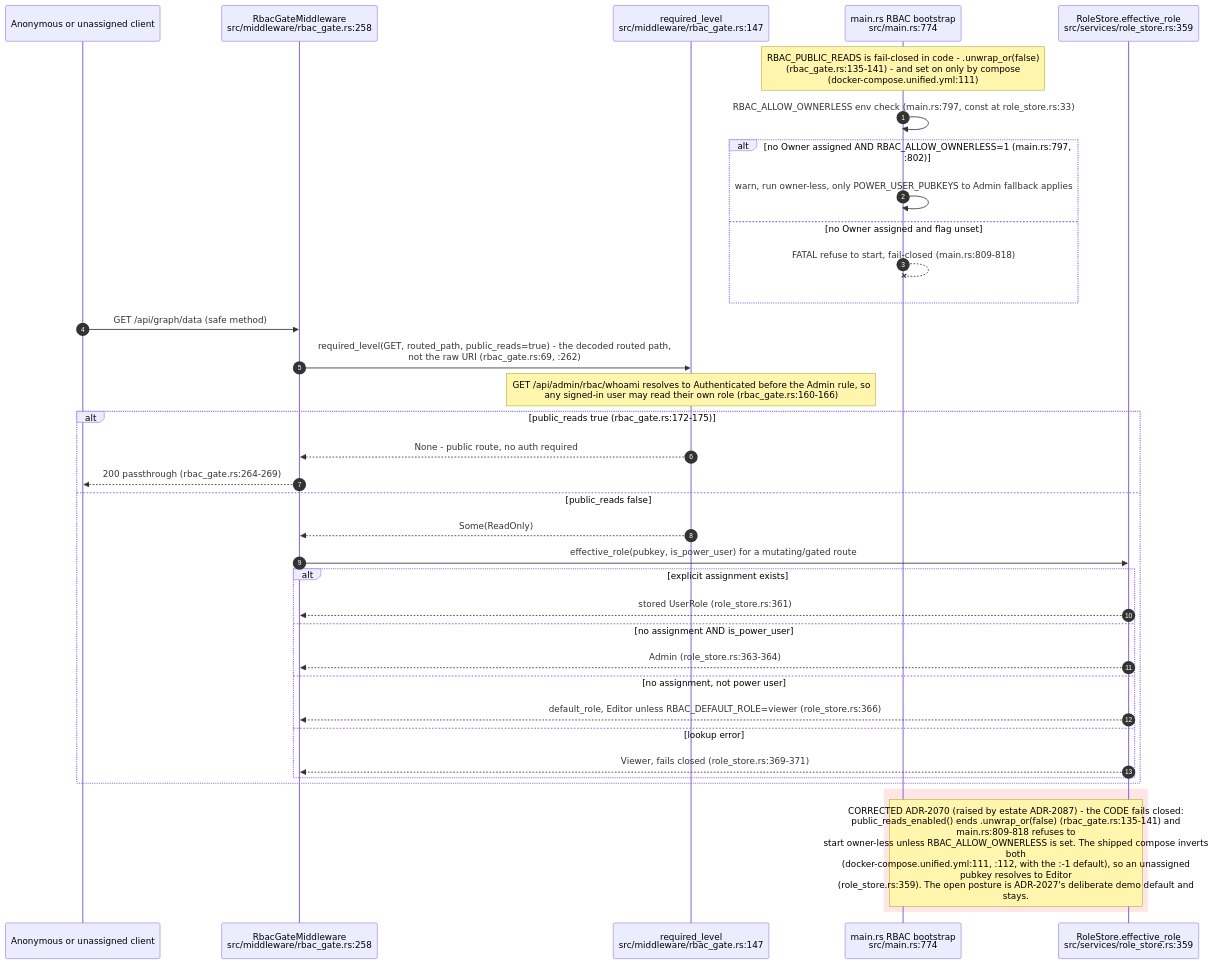
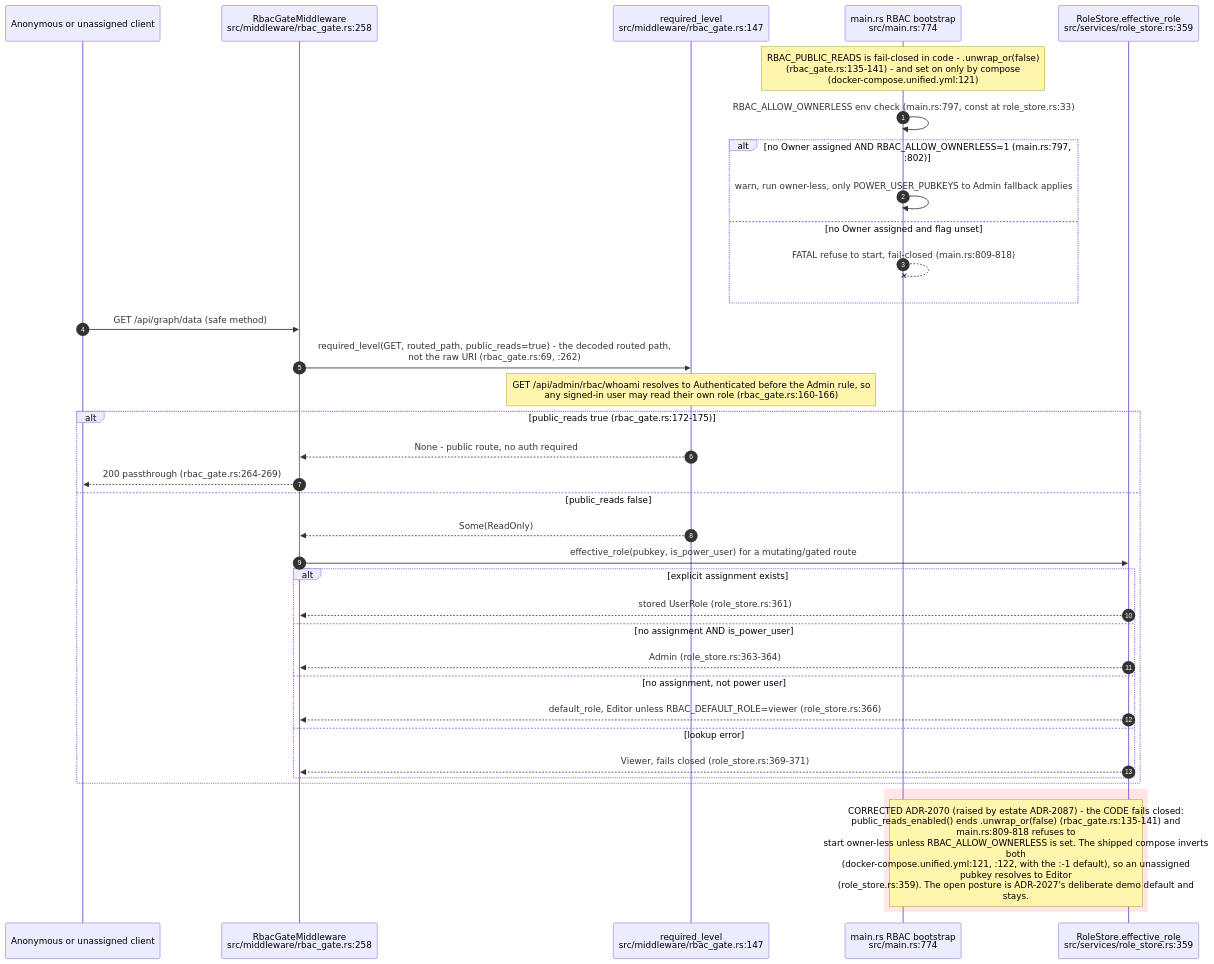
One commit to DreamLab-AI/VisionFlow changed the ninth of 11 diagrams in docs/diagrams/visionclaw/22-data-authority-provenance-erasure.md. Above: the diagram before and after it, drawn with Mermaid. The commit also changed other lines of this file and 145 other files, not shown here.

````diff
--- a/docs/diagrams/visionclaw/22-data-authority-provenance-erasure.md
+++ b/docs/diagrams/visionclaw/22-data-authority-provenance-erasure.md
@@ -389,39 +389,39 @@
 ```mermaid
 sequenceDiagram
     autonumber
     participant C as Anonymous or unassigned client
     participant GATE as RbacGateMiddleware<br/>src/middleware/rbac_gate.rs:258
     participant REQ as required_level<br/>src/middleware/rbac_gate.rs:147
     participant BOOT as main.rs RBAC bootstrap<br/>src/main.rs:774
     participant RS as RoleStore.effective_role<br/>src/services/role_store.rs:359
 
-    Note over BOOT: RBAC_PUBLIC_READS is fail-closed in code - .unwrap_or(false)<br/>(rbac_gate.rs:135-141) - and set on only by compose<br/>(docker-compose.unified.yml:111)
+    Note over BOOT: RBAC_PUBLIC_READS is fail-closed in code - .unwrap_or(false)<br/>(rbac_gate.rs:135-141) - and set on only by compose<br/>(docker-compose.unified.yml:121)
     BOOT->>BOOT: RBAC_ALLOW_OWNERLESS env check (main.rs:797, const at role_store.rs:33)
     alt no Owner assigned AND RBAC_ALLOW_OWNERLESS=1 (main.rs:797, :802)
         BOOT->>BOOT: warn, run owner-less, only POWER_USER_PUBKEYS to Admin fallback applies
     else no Owner assigned and flag unset
         BOOT--xBOOT: FATAL refuse to start, fail-closed (main.rs:809-818)
     end
     C->>GATE: GET /api/graph/data (safe method)
     GATE->>REQ: required_level(GET, routed_path, public_reads=true) - the decoded routed path,<br/>not the raw URI (rbac_gate.rs:69, :262)
     Note over REQ: GET /api/admin/rbac/whoami resolves to Authenticated before the Admin rule, so<br/>any signed-in user may read their own role (rbac_gate.rs:160-166)
     alt public_reads true (rbac_gate.rs:172-175)
         REQ-->>GATE: None - public route, no auth required
         GATE-->>C: 200 passthrough (rbac_gate.rs:264-269)
     else public_reads false
         REQ-->>GATE: Some(ReadOnly)
         GATE->>RS: effective_role(pubkey, is_power_user) for a mutating/gated route
         alt explicit assignment exists
             RS-->>GATE: stored UserRole (role_store.rs:361)
         else no assignment AND is_power_user
             RS-->>GATE: Admin (role_store.rs:363-364)
         else no assignment, not power user
             RS-->>GATE: default_role, Editor unless RBAC_DEFAULT_ROLE=viewer (role_store.rs:366)
         else lookup error
             RS-->>GATE: Viewer, fails closed (role_store.rs:369-371)
         end
     end
     rect rgb(255, 230, 230)
-    Note over BOOT,RS: CORRECTED ADR-2070 (raised by estate ADR-2087) - the CODE fails closed:<br/>public_reads_enabled() ends .unwrap_or(false) (rbac_gate.rs:135-141) and<br/>main.rs:809-818 refuses to<br/>start owner-less unless RBAC_ALLOW_OWNERLESS is set. The shipped compose inverts<br/>both<br/>(docker-compose.unified.yml:111, :112, with the :-1 default), so an unassigned<br/>pubkey resolves to Editor<br/>(role_store.rs:359). The open posture is ADR-2027's deliberate demo default and<br/>stays.
+    Note over BOOT,RS: CORRECTED ADR-2070 (raised by estate ADR-2087) - the CODE fails closed:<br/>public_reads_enabled() ends .unwrap_or(false) (rbac_gate.rs:135-141) and<br/>main.rs:809-818 refuses to<br/>start owner-less unless RBAC_ALLOW_OWNERLESS is set. The shipped compose inverts<br/>both<br/>(docker-compose.unified.yml:121, :122, with the :-1 default), so an unassigned<br/>pubkey resolves to Editor<br/>(role_store.rs:359). The open posture is ADR-2027's deliberate demo default and<br/>stays.
     end
 ```
````
